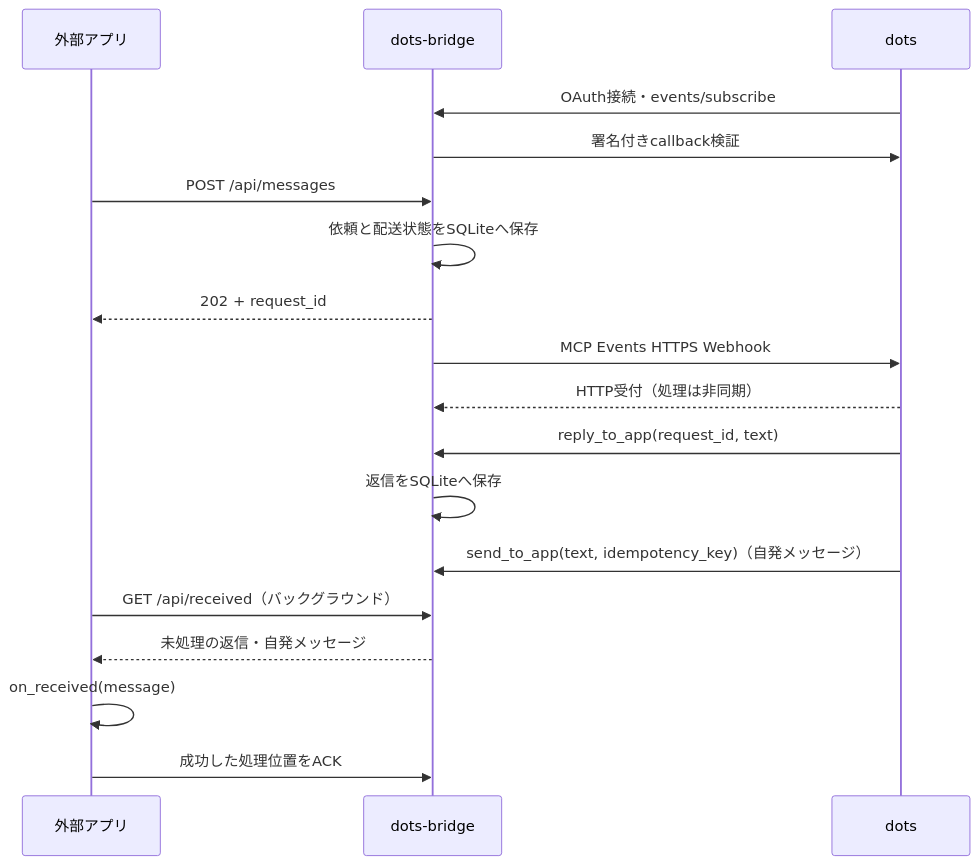
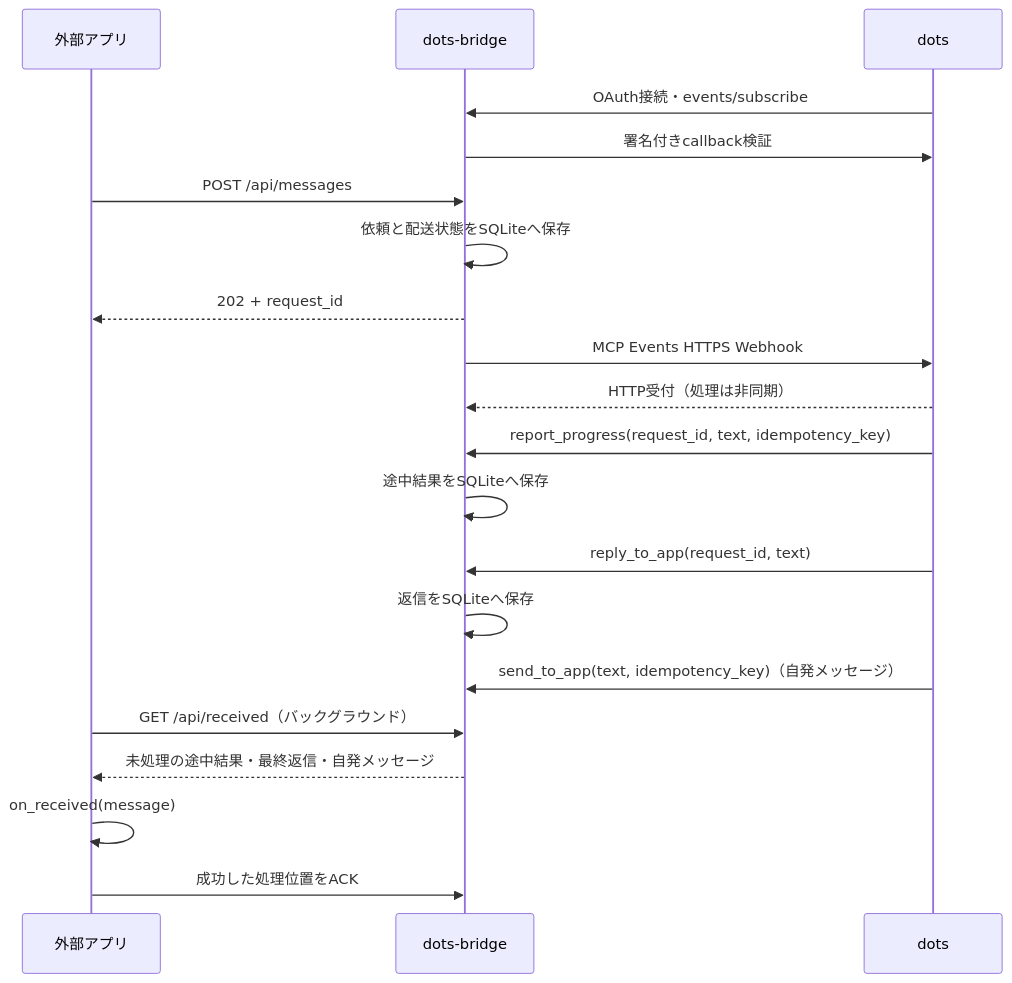
Before and after one commit to Phoobobo/dots-tunnel-bridge: the diagram in README.md, drawn with Mermaid. The commit also changed other lines of this file and 24 other files, not shown here.

Commit message:
Stream request progress through MCP, SSE, and Responses WebSocket

````diff
--- a/README.md
+++ b/README.md
@@ -6,20 +6,22 @@
 ```mermaid
 sequenceDiagram
     participant App as 外部アプリ
     participant Bridge as dots-bridge
     participant Dot as dots
     Dot->>Bridge: OAuth接続・events/subscribe
     Bridge->>Dot: 署名付きcallback検証
     App->>Bridge: POST /api/messages
     Bridge->>Bridge: 依頼と配送状態をSQLiteへ保存
     Bridge-->>App: 202 + request_id
     Bridge->>Dot: MCP Events HTTPS Webhook
     Dot-->>Bridge: HTTP受付（処理は非同期）
+    Dot->>Bridge: report_progress(request_id, text, idempotency_key)
+    Bridge->>Bridge: 途中結果をSQLiteへ保存
     Dot->>Bridge: reply_to_app(request_id, text)
     Bridge->>Bridge: 返信をSQLiteへ保存
     Dot->>Bridge: send_to_app(text, idempotency_key)（自発メッセージ）
     App->>Bridge: GET /api/received（バックグラウンド）
-    Bridge-->>App: 未処理の返信・自発メッセージ
+    Bridge-->>App: 未処理の途中結果・最終返信・自発メッセージ
     App->>App: on_received(message)
     App->>Bridge: 成功した処理位置をACK
 ```
````
